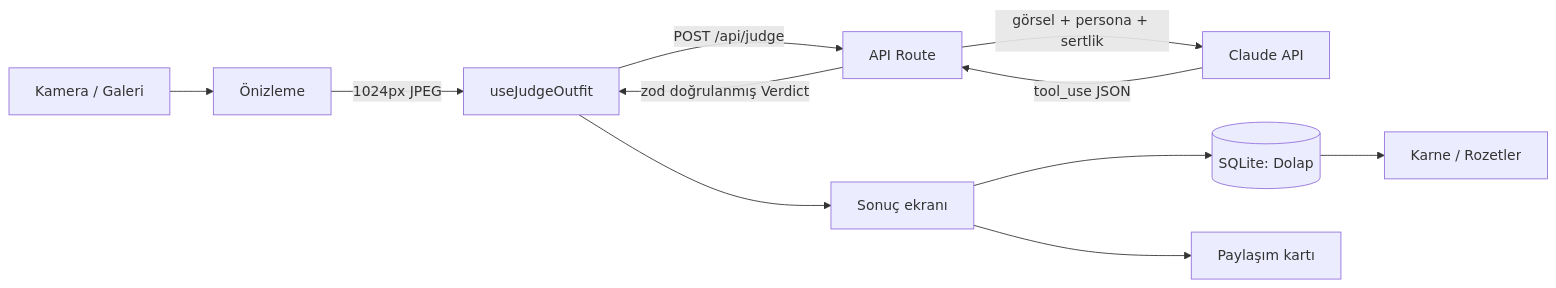
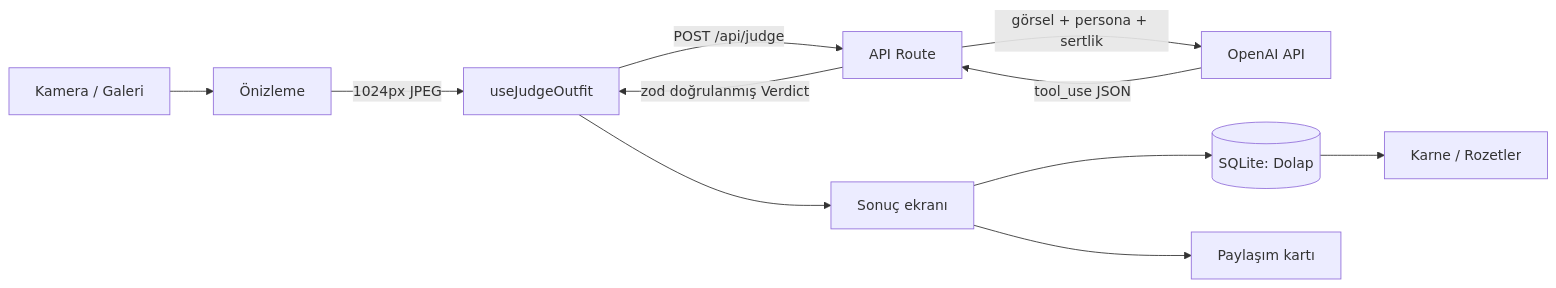
Before and after one commit to ysfylcnky/kombin-hakemi: the diagram in docs/PRODUCT.md, drawn with Mermaid. The commit also changed other lines of this file and 8 other files, not shown here.

````diff
--- a/docs/PRODUCT.md
+++ b/docs/PRODUCT.md
@@ -37,13 +37,13 @@
 ```mermaid
 flowchart LR
   A[Kamera / Galeri] --> B[Önizleme]
   B -->|1024px JPEG| C[useJudgeOutfit]
   C -->|POST /api/judge| D[API Route]
-  D -->|görsel + persona + sertlik| E[Claude API]
+  D -->|görsel + persona + sertlik| E[OpenAI API]
   E -->|tool_use JSON| D
   D -->|zod doğrulanmış Verdict| C
   C --> F[Sonuç ekranı]
   F --> G[(SQLite: Dolap)]
   G --> H[Karne / Rozetler]
   F --> I[Paylaşım kartı]
 ```
````
